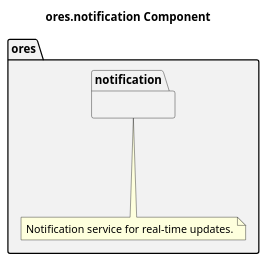
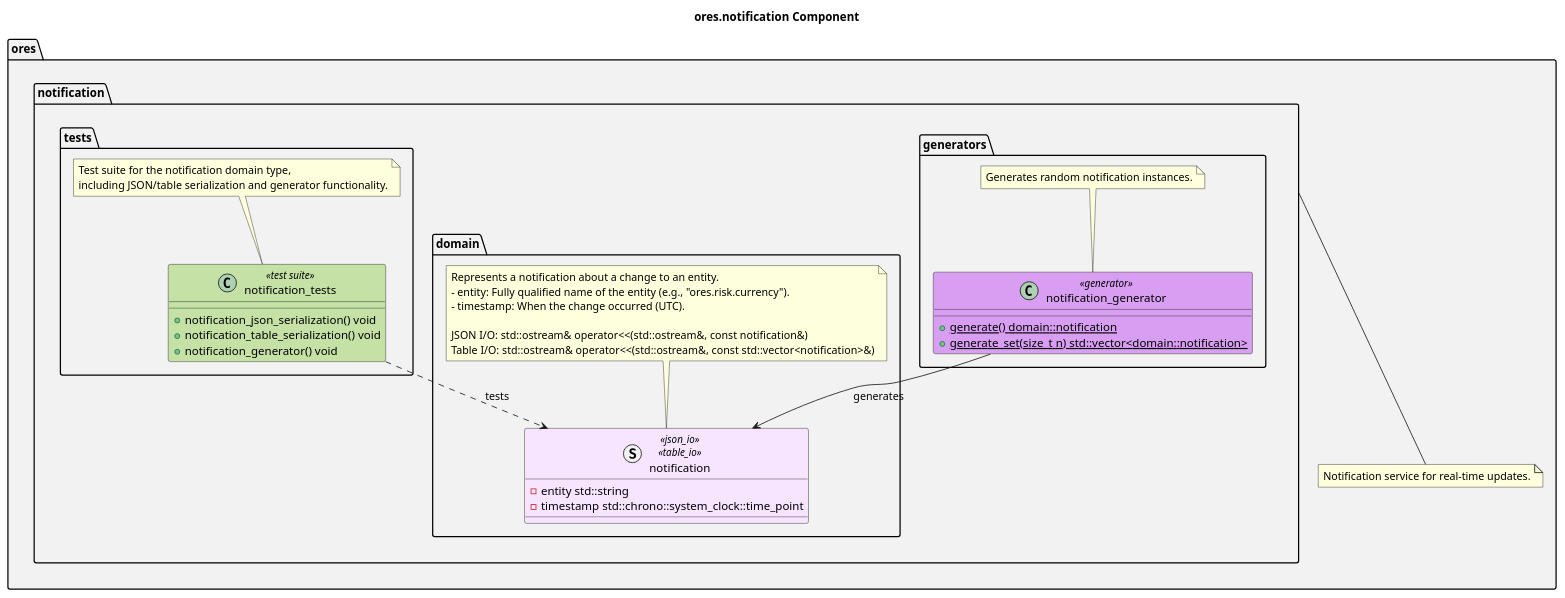
Before and after one commit to OreStudio/OreStudio: the diagram in projects/ores.notification/modeling/ores.notification.puml, drawn with PlantUML. The commit also changed 12 other files, not shown here.

Commit message:
[notifcation] Add domain type for notifications

```diff
--- a/projects/ores.notification/modeling/ores.notification.puml
+++ b/projects/ores.notification/modeling/ores.notification.puml
@@ -17,18 +17,57 @@
 @startuml
 
 title ores.notification Component
 
 set namespaceSeparator ::
 
 namespace ores #F2F2F2 {
     note "Notification service for real-time updates." as ores_notification_note
     notification --- ores_notification_note
     namespace notification #F2F2F2 {
+        namespace domain #F2F2F2 {
+            struct notification <<json_io>> <<table_io>> #F7E5FF {
+                -{field} entity std::string
+                -{field} timestamp std::chrono::system_clock::time_point
+            }
+            note top of notification
+            Represents a notification about a change to an entity.
+            - entity: Fully qualified name of the entity (e.g., "ores.risk.currency").
+            - timestamp: When the change occurred (UTC).
 
+            JSON I/O: std::ostream& operator<<(std::ostream&, const notification&)
+            Table I/O: std::ostream& operator<<(std::ostream&, const std::vector<notification>&)
+            end note
+        }
+
+        namespace generators #F2F2F2 {
+            class notification_generator <<generator>> #D89EF1 {
+                +{static} generate() domain::notification
+                +{static} generate_set(size_t n) std::vector<domain::notification>
+            }
+            note top of notification_generator
+            Generates random notification instances.
+            end note
+        }
+
+        namespace tests #F2F2F2 {
+            class notification_tests <<test suite>> #C5E1A5 {
+                +notification_json_serialization() void
+                +notification_table_serialization() void
+                +notification_generator() void
+            }
+            note top of notification_tests
+            Test suite for the notification domain type,
+            including JSON/table serialization and generator functionality.
+            end note
+        }
+
+        ' Relationships
+        ores::notification::generators::notification_generator --> ores::notification::domain::notification : generates
+        ores::notification::tests::notification_tests ..> ores::notification::domain::notification : tests
     }
 }
 
 ' Local Variables:
 ' compile-command: "java -Djava.awt.headless=true -DPLANTUML_SECURITY_PROFILE=UNSECURE -DPLANTUML_LIMIT_SIZE=65535 -jar /usr/share/plantuml/plantuml.jar ores.notification.puml"
 ' End:
 @enduml
```
